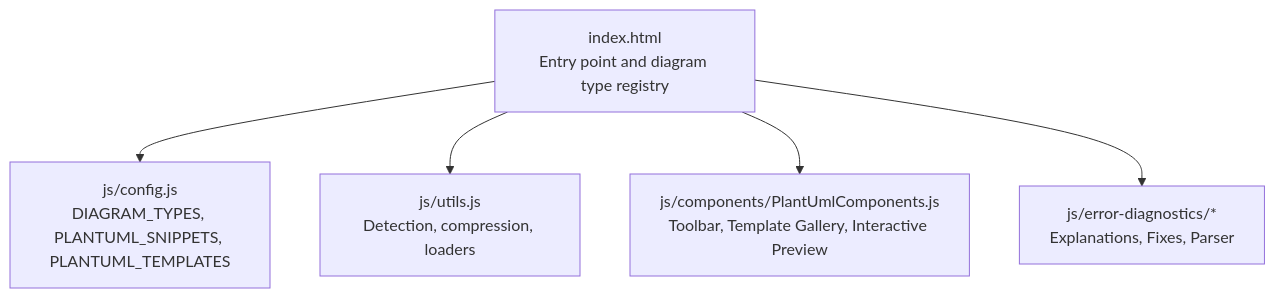
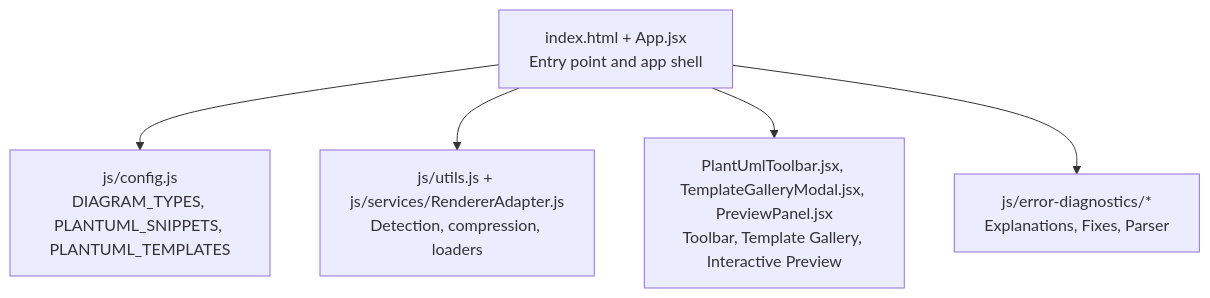
The first of 7 diagrams in .qoder/repowiki/en/content/Diagram Types and Formats/PlantUML and C4 PlantUML.md (ongchonghian/universal-diagram-editor), drawn with Mermaid before and after one commit. The commit also changed other lines of this file and 31 other files, not shown here.

````diff
--- a/.qoder/repowiki/en/content/Diagram Types and Formats/PlantUML and C4 PlantUML.md
+++ b/.qoder/repowiki/en/content/Diagram Types and Formats/PlantUML and C4 PlantUML.md
@@ -35,7 +39,7 @@
 ```mermaid
 graph TB
-A["index.html<br/>Entry point and diagram type registry"] --> B["js/config.js<br/>DIAGRAM_TYPES, PLANTUML_SNIPPETS, PLANTUML_TEMPLATES"]
-A --> C["js/utils.js<br/>Detection, compression, loaders"]
-A --> D["js/components/PlantUmlComponents.js<br/>Toolbar, Template Gallery, Interactive Preview"]
+A["index.html + App.jsx<br/>Entry point and app shell"] --> B["js/config.js<br/>DIAGRAM_TYPES, PLANTUML_SNIPPETS, PLANTUML_TEMPLATES"]
+A --> C["js/utils.js + js/services/RendererAdapter.js<br/>Detection, compression, loaders"]
+A --> D["PlantUmlToolbar.jsx, TemplateGalleryModal.jsx, PreviewPanel.jsx<br/>Toolbar, Template Gallery, Interactive Preview"]
 A --> E["js/error-diagnostics/*<br/>Explanations, Fixes, Parser"]
 ```
````
